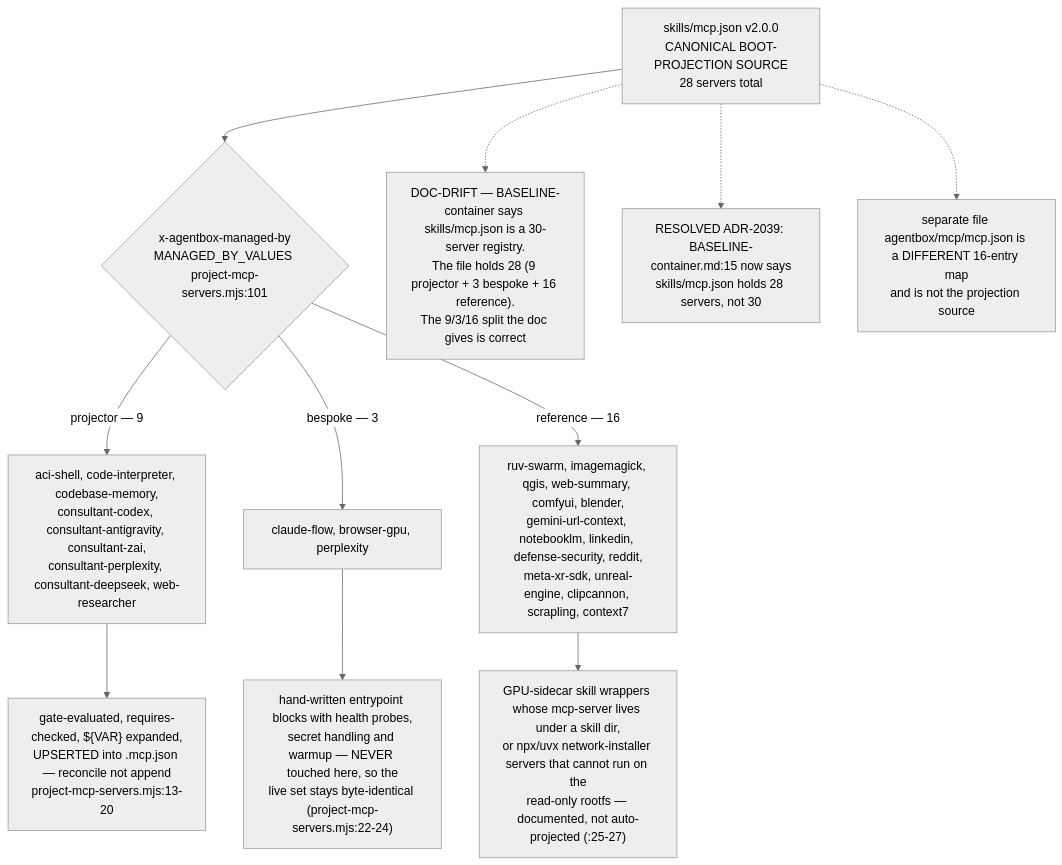
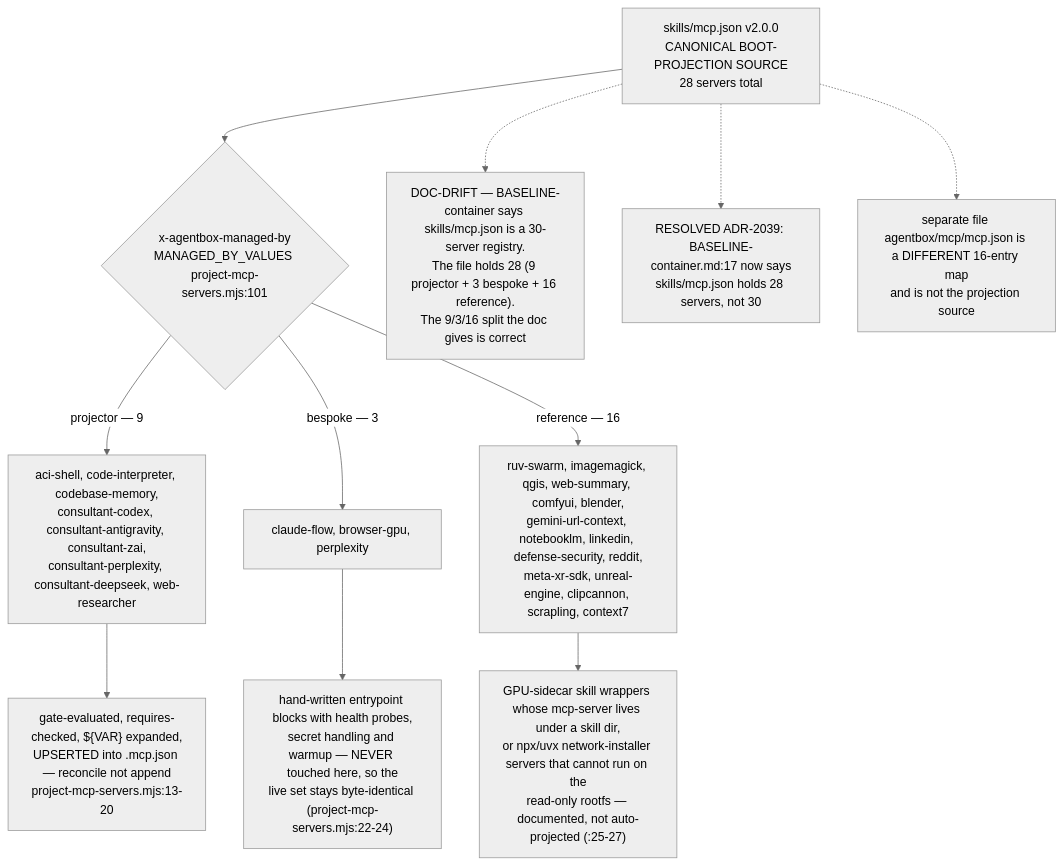
Before and after one commit to DreamLab-AI/VisionFlow: the first of 7 diagrams in docs/diagrams/agentbox/09-mcp-servers-catalogue.md, drawn with Mermaid (neutral theme). The commit also changed other lines of this file and 94 other files, not shown here.

First line of the commit message:
docs(diagrams): re-verify 130 topics against 2 October HEADs

````diff
--- a/docs/diagrams/agentbox/09-mcp-servers-catalogue.md
+++ b/docs/diagrams/agentbox/09-mcp-servers-catalogue.md
@@ -35,13 +35,13 @@
 ```mermaid
 flowchart TD
     REG["skills/mcp.json v2.0.0<br/>CANONICAL BOOT-PROJECTION SOURCE<br/>28 servers total"] --> CLS{"x-agentbox-managed-by<br/>MANAGED_BY_VALUES project-mcp-servers.mjs:101"}
     CLS -->|projector — 9| PJ["aci-shell, code-interpreter, codebase-memory,<br/>consultant-codex, consultant-antigravity, consultant-zai,<br/>consultant-perplexity, consultant-deepseek, web-researcher"]
     CLS -->|bespoke — 3| BS["claude-flow, browser-gpu, perplexity"]
     CLS -->|reference — 16| RF["ruv-swarm, imagemagick, qgis, web-summary, comfyui, blender,<br/>gemini-url-context, notebooklm, linkedin, defense-security, reddit,<br/>meta-xr-sdk, unreal-engine, clipcannon, scrapling, context7"]
     PJ --> ACT["gate-evaluated, requires-checked, ${VAR} expanded,<br/>UPSERTED into .mcp.json — reconcile not append<br/>project-mcp-servers.mjs:13-20"]
     BS --> NEVER["hand-written entrypoint blocks with health probes,<br/>secret handling and warmup — NEVER touched here, so the<br/>live set stays byte-identical (project-mcp-servers.mjs:22-24)"]
     RF --> DOC["GPU-sidecar skill wrappers whose mcp-server lives under a skill dir,<br/>or npx/uvx network-installer servers that cannot run on the<br/>read-only rootfs — documented, not auto-projected (:25-27)"]
     REG -.-> D1["DOC-DRIFT — BASELINE-container says skills/mcp.json is a 30-server registry.<br/>The file holds 28 (9 projector + 3 bespoke + 16 reference).<br/>The 9/3/16 split the doc gives is correct"]
-    REG -.-> D1R["RESOLVED ADR-2039: BASELINE-container.md:15 now says<br/>skills/mcp.json holds 28 servers, not 30"]
+    REG -.-> D1R["RESOLVED ADR-2039: BASELINE-container.md:17 now says<br/>skills/mcp.json holds 28 servers, not 30"]
     REG -.-> D2["separate file agentbox/mcp/mcp.json is a DIFFERENT 16-entry map<br/>and is not the projection source"]
 ```
````
